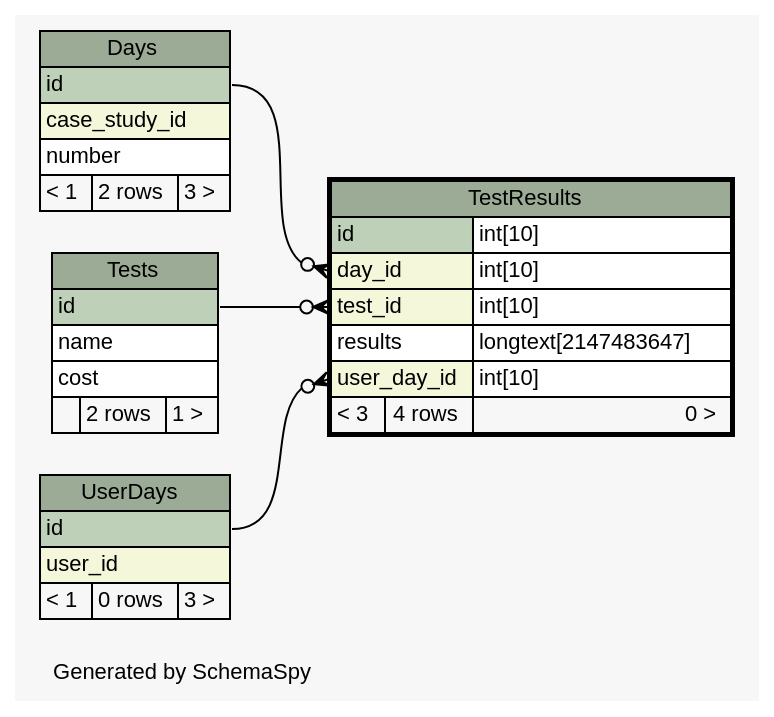
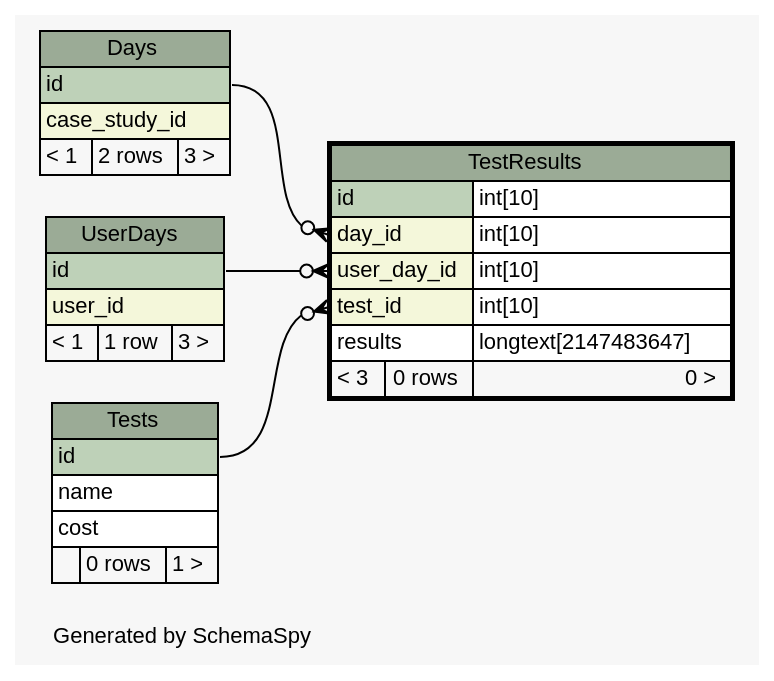
One commit to carrel2/CaseStudies changed the diagram in web/files/schema/diagrams/TestResults.1degree.dot. Above: the diagram before and after it, drawn with Graphviz. The commit also changed 75 other files, not shown here.

```diff
--- a/web/files/schema/diagrams/TestResults.1degree.dot
+++ b/web/files/schema/diagrams/TestResults.1degree.dot
@@ -1,74 +1,73 @@
 // dot 2.38.0 on Linux 4.4.0-64-generic
 // SchemaSpy rev 590
 digraph "oneDegreeRelationshipsDiagram" {
   graph [
     rankdir="RL"
     bgcolor="#f7f7f7"
     label="\nGenerated by SchemaSpy"
     labeljust="l"
     nodesep="0.18"
     ranksep="0.46"
     fontname="Helvetica"
     fontsize="11"
   ];
   node [
     fontname="Helvetica"
     fontsize="11"
     shape="plaintext"
   ];
   edge [
     arrowsize="0.8"
   ];
   "TestResults":"day_id":w -> "Days":"id":e [arrowhead=none dir=back arrowtail=crowodot];
   "TestResults":"test_id":w -> "Tests":"id":e [arrowhead=none dir=back arrowtail=crowodot];
   "TestResults":"user_day_id":w -> "UserDays":"id":e [arrowhead=none dir=back arrowtail=crowodot];
   "Days" [
     label=<
     <TABLE BORDER="0" CELLBORDER="1" CELLSPACING="0" BGCOLOR="#ffffff">
       <TR><TD COLSPAN="3" BGCOLOR="#9bab96" ALIGN="CENTER">Days</TD></TR>
       <TR><TD PORT="id" COLSPAN="3" BGCOLOR="#bed1b8" ALIGN="LEFT">id</TD></TR>
       <TR><TD PORT="case_study_id" COLSPAN="3" BGCOLOR="#f4f7da" ALIGN="LEFT">case_study_id</TD></TR>
-      <TR><TD PORT="number" COLSPAN="3" ALIGN="LEFT">number</TD></TR>
       <TR><TD ALIGN="LEFT" BGCOLOR="#f7f7f7">&lt; 1</TD><TD ALIGN="RIGHT" BGCOLOR="#f7f7f7">2 rows</TD><TD ALIGN="RIGHT" BGCOLOR="#f7f7f7">3 &gt;</TD></TR>
     </TABLE>>
     URL="Days.html"
     tooltip="Days"
   ];
   "TestResults" [
     label=<
     <TABLE BORDER="2" CELLBORDER="1" CELLSPACING="0" BGCOLOR="#ffffff">
       <TR><TD COLSPAN="3" BGCOLOR="#9bab96" ALIGN="CENTER">TestResults</TD></TR>
       <TR><TD PORT="id" COLSPAN="2" BGCOLOR="#bed1b8" ALIGN="LEFT">id</TD><TD PORT="id.type" ALIGN="LEFT">int[10]</TD></TR>
       <TR><TD PORT="day_id" COLSPAN="2" BGCOLOR="#f4f7da" ALIGN="LEFT">day_id</TD><TD PORT="day_id.type" ALIGN="LEFT">int[10]</TD></TR>
+      <TR><TD PORT="user_day_id" COLSPAN="2" BGCOLOR="#f4f7da" ALIGN="LEFT">user_day_id</TD><TD PORT="user_day_id.type" ALIGN="LEFT">int[10]</TD></TR>
       <TR><TD PORT="test_id" COLSPAN="2" BGCOLOR="#f4f7da" ALIGN="LEFT">test_id</TD><TD PORT="test_id.type" ALIGN="LEFT">int[10]</TD></TR>
       <TR><TD PORT="results" COLSPAN="2" ALIGN="LEFT">results</TD><TD PORT="results.type" ALIGN="LEFT">longtext[2147483647]</TD></TR>
-      <TR><TD PORT="user_day_id" COLSPAN="2" BGCOLOR="#f4f7da" ALIGN="LEFT">user_day_id</TD><TD PORT="user_day_id.type" ALIGN="LEFT">int[10]</TD></TR>
-      <TR><TD ALIGN="LEFT" BGCOLOR="#f7f7f7">&lt; 3</TD><TD ALIGN="RIGHT" BGCOLOR="#f7f7f7">4 rows</TD><TD ALIGN="RIGHT" BGCOLOR="#f7f7f7">0 &gt;</TD></TR>
+      <TR><TD ALIGN="LEFT" BGCOLOR="#f7f7f7">&lt; 3</TD><TD ALIGN="RIGHT" BGCOLOR="#f7f7f7">0 rows</TD><TD ALIGN="RIGHT" BGCOLOR="#f7f7f7">0 &gt;</TD></TR>
     </TABLE>>
     URL="TestResults.html"
     tooltip="TestResults"
   ];
   "Tests" [
     label=<
     <TABLE BORDER="0" CELLBORDER="1" CELLSPACING="0" BGCOLOR="#ffffff">
       <TR><TD COLSPAN="3" BGCOLOR="#9bab96" ALIGN="CENTER">Tests</TD></TR>
       <TR><TD PORT="id" COLSPAN="3" BGCOLOR="#bed1b8" ALIGN="LEFT">id</TD></TR>
       <TR><TD PORT="name" COLSPAN="3" ALIGN="LEFT">name</TD></TR>
       <TR><TD PORT="cost" COLSPAN="3" ALIGN="LEFT">cost</TD></TR>
-      <TR><TD ALIGN="LEFT" BGCOLOR="#f7f7f7">  </TD><TD ALIGN="RIGHT" BGCOLOR="#f7f7f7">2 rows</TD><TD ALIGN="RIGHT" BGCOLOR="#f7f7f7">1 &gt;</TD></TR>
+      <TR><TD ALIGN="LEFT" BGCOLOR="#f7f7f7">  </TD><TD ALIGN="RIGHT" BGCOLOR="#f7f7f7">0 rows</TD><TD ALIGN="RIGHT" BGCOLOR="#f7f7f7">1 &gt;</TD></TR>
     </TABLE>>
     URL="Tests.html"
     tooltip="Tests"
   ];
   "UserDays" [
     label=<
     <TABLE BORDER="0" CELLBORDER="1" CELLSPACING="0" BGCOLOR="#ffffff">
       <TR><TD COLSPAN="3" BGCOLOR="#9bab96" ALIGN="CENTER">UserDays</TD></TR>
       <TR><TD PORT="id" COLSPAN="3" BGCOLOR="#bed1b8" ALIGN="LEFT">id</TD></TR>
       <TR><TD PORT="user_id" COLSPAN="3" BGCOLOR="#f4f7da" ALIGN="LEFT">user_id</TD></TR>
-      <TR><TD ALIGN="LEFT" BGCOLOR="#f7f7f7">&lt; 1</TD><TD ALIGN="RIGHT" BGCOLOR="#f7f7f7">0 rows</TD><TD ALIGN="RIGHT" BGCOLOR="#f7f7f7">3 &gt;</TD></TR>
+      <TR><TD ALIGN="LEFT" BGCOLOR="#f7f7f7">&lt; 1</TD><TD ALIGN="RIGHT" BGCOLOR="#f7f7f7">1 row</TD><TD ALIGN="RIGHT" BGCOLOR="#f7f7f7">3 &gt;</TD></TR>
     </TABLE>>
     URL="UserDays.html"
     tooltip="UserDays"
   ];
 }
```
